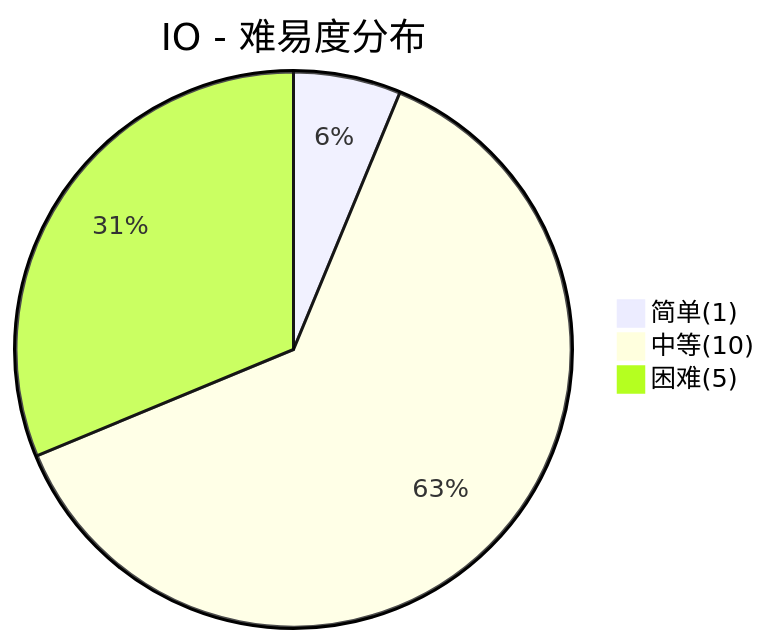
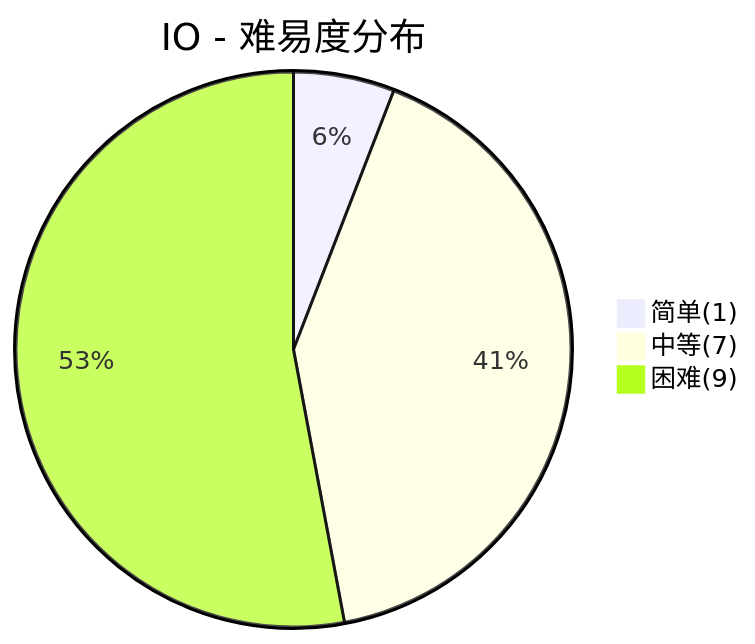
The sixth of 6 diagrams in docs/99.面试/Java框架面试.md (dunwu/waterdrop), drawn with Mermaid before and after one commit. The commit also changed other lines of this file and 73 other files, not shown here.

````diff
--- a/docs/99.面试/Java框架面试.md
+++ b/docs/99.面试/Java框架面试.md
@@ -329,6 +330,6 @@
 ```mermaid
 pie title IO - 难易度分布
     "简单(1)" : 1
-    "中等(10)" : 10
-    "困难(5)" : 5
+    "中等(7)" : 7
+    "困难(9)" : 9
 ```
````
